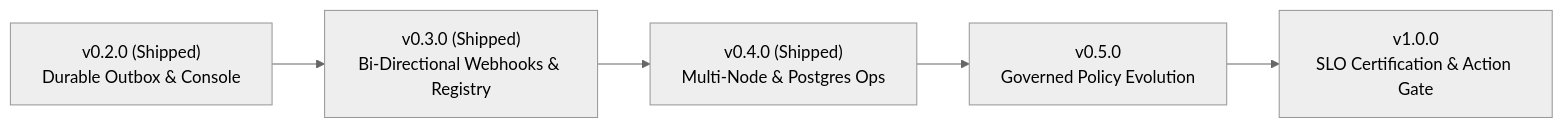
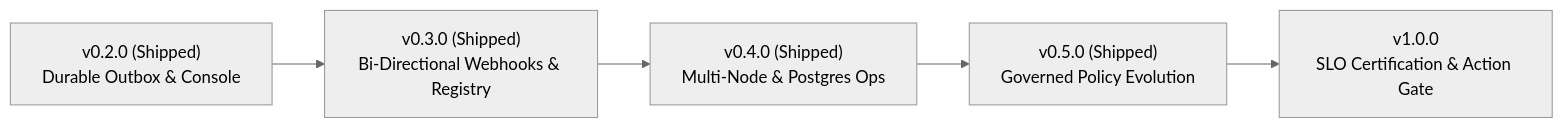
One commit to ylecoyote/uns changed the diagram in docs/ROADMAP.md. Above: the diagram before and after it, drawn with Mermaid (neutral theme). The commit also changed other lines of this file and 36 other files, not shown here.

````diff
--- a/docs/ROADMAP.md
+++ b/docs/ROADMAP.md
@@ -26,7 +26,7 @@
 ```mermaid
 flowchart LR
     v02["v0.2.0 (Shipped)\nDurable Outbox & Console"] --> v03["v0.3.0 (Shipped)\nBi-Directional Webhooks & Registry"]
     v03 --> v04["v0.4.0 (Shipped)\nMulti-Node & Postgres Ops"]
-    v04 --> v05["v0.5.0\nGoverned Policy Evolution"]
+    v04 --> v05["v0.5.0 (Shipped)\nGoverned Policy Evolution"]
     v05 --> v10["v1.0.0\nSLO Certification & Action Gate"]
 ```
````
